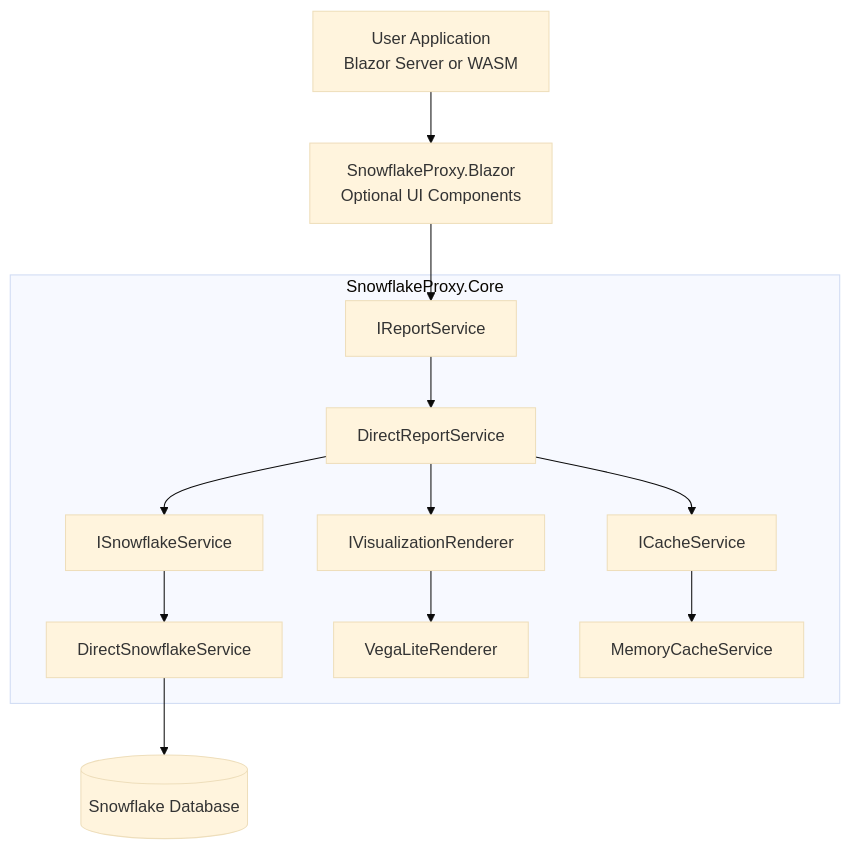
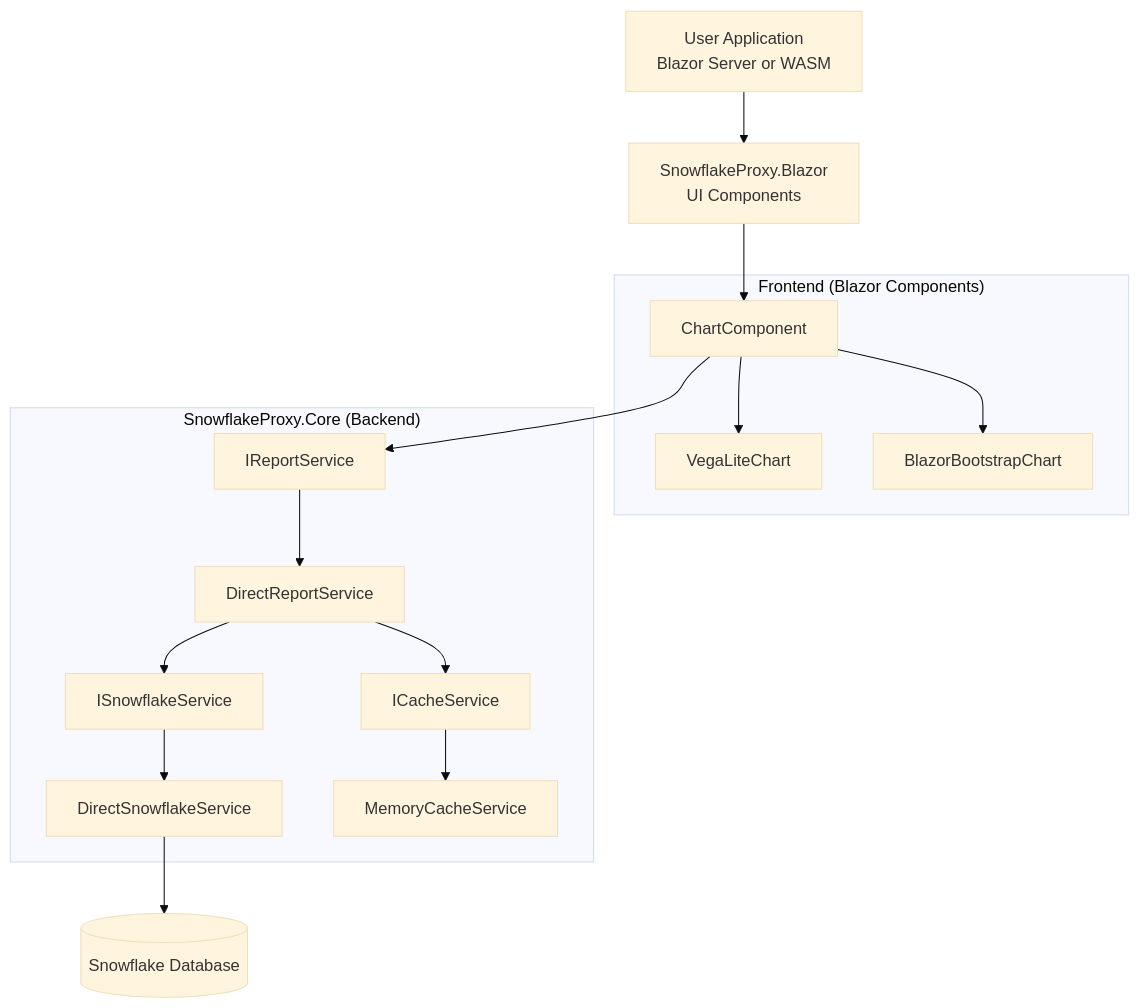
One commit to davenforce/SnowflakeProxy changed the first of 3 diagrams in docs/ARCHITECTURE.md. Above: the diagram before and after it, drawn with Mermaid (base theme). The commit also changed other lines of this file and 3 other files, not shown here.

````diff
--- a/docs/ARCHITECTURE.md
+++ b/docs/ARCHITECTURE.md
@@ -25,18 +25,23 @@
 ```mermaid
 graph TD
-    A[User Application<br/>Blazor Server or WASM] --> B[SnowflakeProxy.Blazor<br/>Optional UI Components]
-    B --> D
+    A[User Application<br/>Blazor Server or WASM] --> B[SnowflakeProxy.Blazor<br/>UI Components]
 
-    subgraph Core["SnowflakeProxy.Core"]
+    subgraph Blazor["Frontend (Blazor Components)"]
+        B1[ChartComponent] --> B2[VegaLiteChart]
+        B1 --> B3[BlazorBootstrapChart]
+    end
+
+    B --> B1
+    B1 --> D
+
+    subgraph Core["SnowflakeProxy.Core (Backend)"]
         D[IReportService] --> E[DirectReportService]
         F[ISnowflakeService] --> G[DirectSnowflakeService]
-        I[IVisualizationRenderer] --> J[VegaLiteRenderer]
         K[ICacheService] --> L[MemoryCacheService]
 
         E --> F
-        E --> I
         E --> K
     end
 
     G --> M[(Snowflake Database)]
 ```
````
